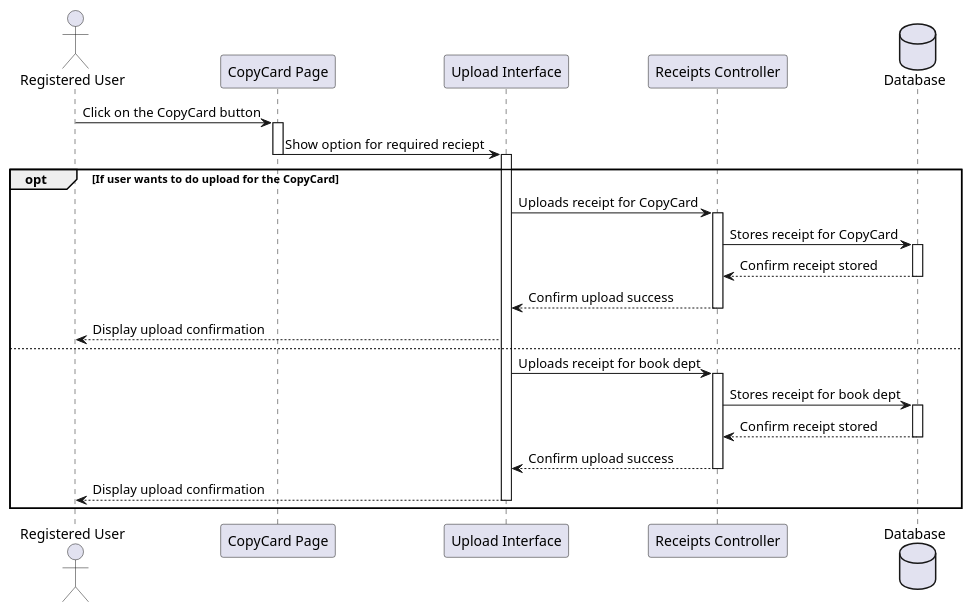
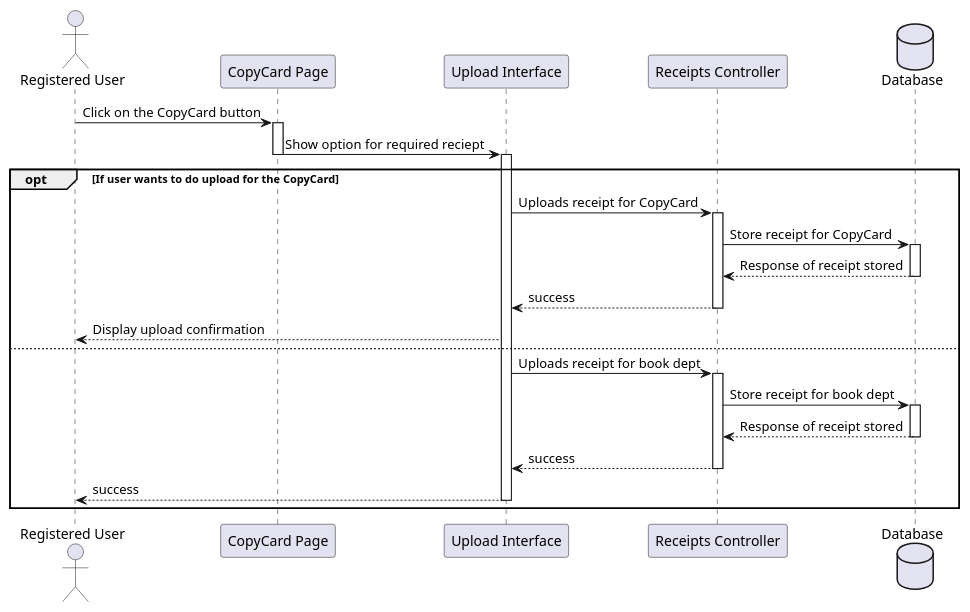
Before and after one commit to bartucank/mlm: the diagram in docs/umlDiagrams/Sequence Diagrams/uploadReciepts.puml, drawn with PlantUML. The commit also changed 35 other files, not shown here.

Commit message:
Room Services + UML Diagrams

```diff
--- a/docs/umlDiagrams/Sequence Diagrams/uploadReciepts.puml
+++ b/docs/umlDiagrams/Sequence Diagrams/uploadReciepts.puml
@@ -1,42 +1,42 @@
 @startuml
 actor "Registered User" as User
 participant "CopyCard Page" as Home 
 participant "Upload Interface" as Upload
 participant "Receipts Controller" as Controller
 database "Database" as Storage
 
 User -> Home: Click on the CopyCard button
 activate Home
 Home -> Upload: Show option for required reciept
 deactivate Home
 activate Upload
 
 opt If user wants to do upload for the CopyCard
     Upload -> Controller: Uploads receipt for CopyCard
     activate Controller
 
-    Controller -> Storage: Stores receipt for CopyCard
+    Controller -> Storage: Store receipt for CopyCard
     activate Storage
-    Storage --> Controller: Confirm receipt stored
+    Storage --> Controller: Response of receipt stored
     deactivate Storage
 
-    Controller --> Upload: Confirm upload success
+    Controller --> Upload:   success
     deactivate Controller
 
     Upload --> User: Display upload confirmation
 else
     Upload -> Controller: Uploads receipt for book dept
     activate Controller
 
-    Controller -> Storage: Stores receipt for book dept
+    Controller -> Storage: Store receipt for book dept
     activate Storage
-    Storage --> Controller: Confirm receipt stored
+    Storage --> Controller: Response of receipt stored
     deactivate Storage
 
-    Controller --> Upload: Confirm upload success
+    Controller --> Upload:   success
     deactivate Controller
 
-    Upload --> User: Display upload confirmation
+    Upload --> User:   success
     deactivate Upload
 end
 @enduml
```
